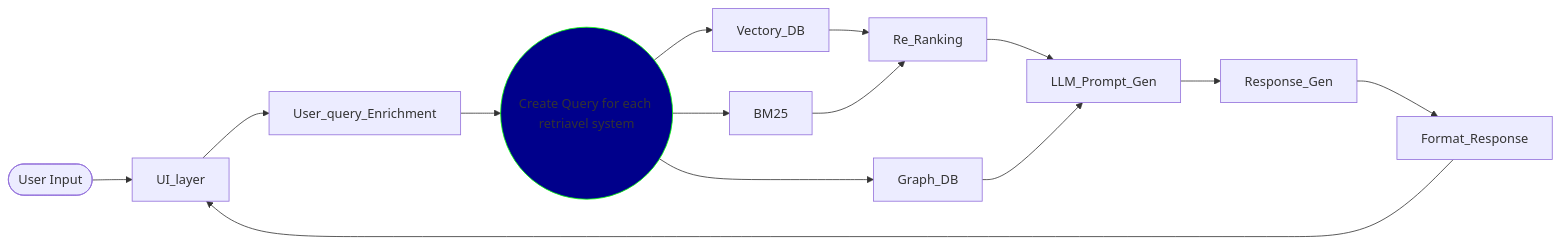
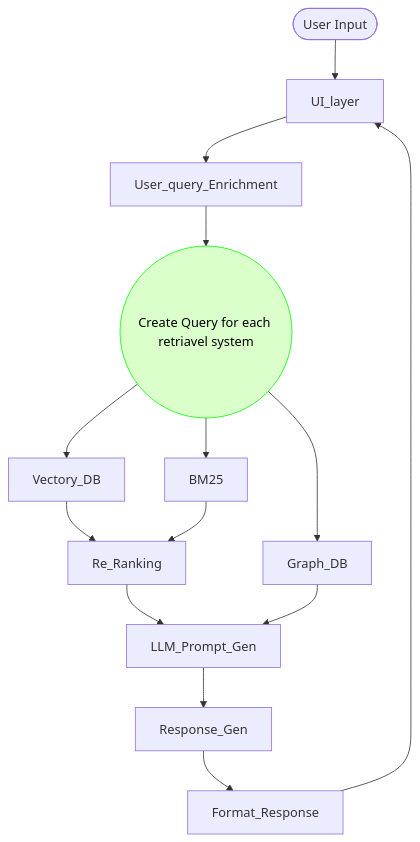
Before and after one commit to vebsun/Documentation: the first of 2 diagrams in rag-details/roughnote.md, drawn with Mermaid. The commit also changed other lines of this file, not shown here.

Commit message:
enhanced the decoration of workflow

````diff
--- a/rag-details/roughnote.md
+++ b/rag-details/roughnote.md
@@ -282,14 +282,14 @@
 ```mermaid
-flowchart LR
+flowchart
 User_Input_query([User Input])-->UI_layer-->User_query_Enrichment-->Query_Routing((Create Query for each retriavel system));
 Query_Routing-->Graph_DB;
 Query_Routing-->Vectory_DB;
 Query_Routing-->BM25;
 Vectory_DB-->Re_Ranking;
 BM25-->Re_Ranking;
 Re_Ranking-->LLM_Prompt_Gen;
 Graph_DB-->LLM_Prompt_Gen;
 LLM_Prompt_Gen-->Response_Gen-->Format_Response-->UI_layer;
 
-style Query_Routing stroke:#0f0,fill:darkblue
+style Query_Routing stroke:#0f0,fill:#DAFFCB,color:black
 ```
````
